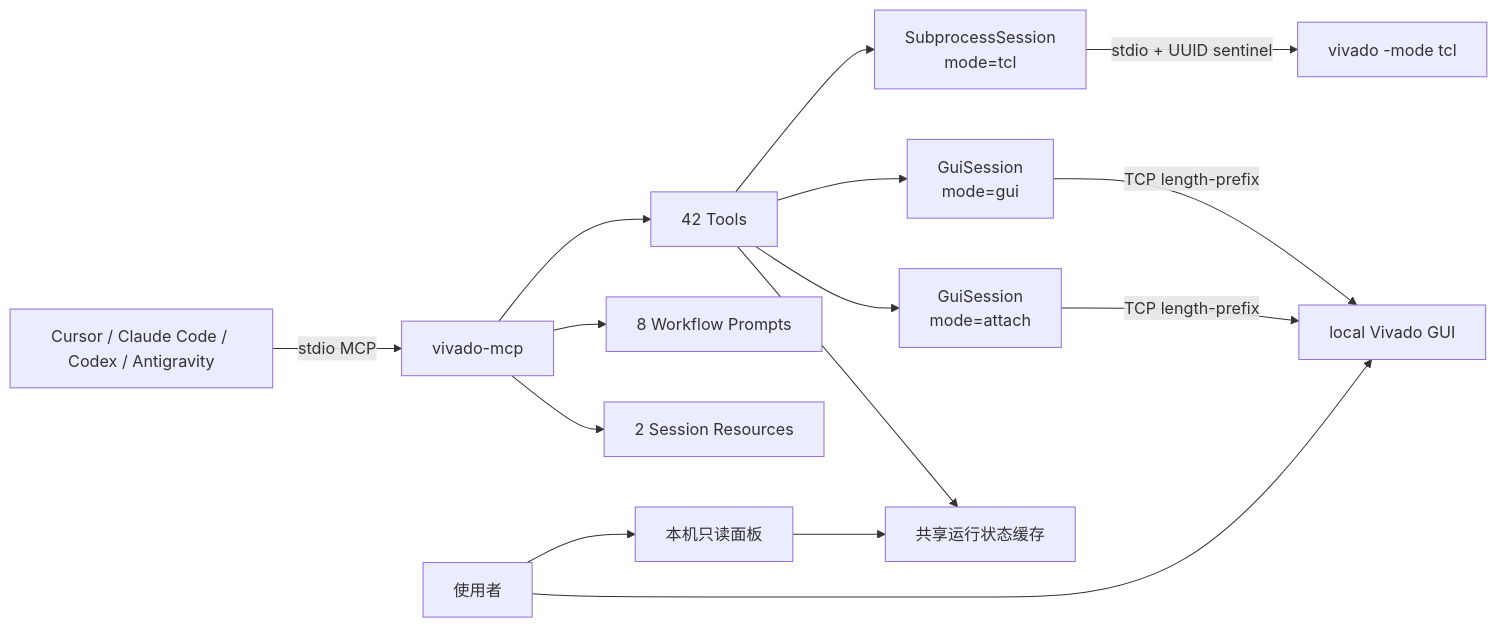
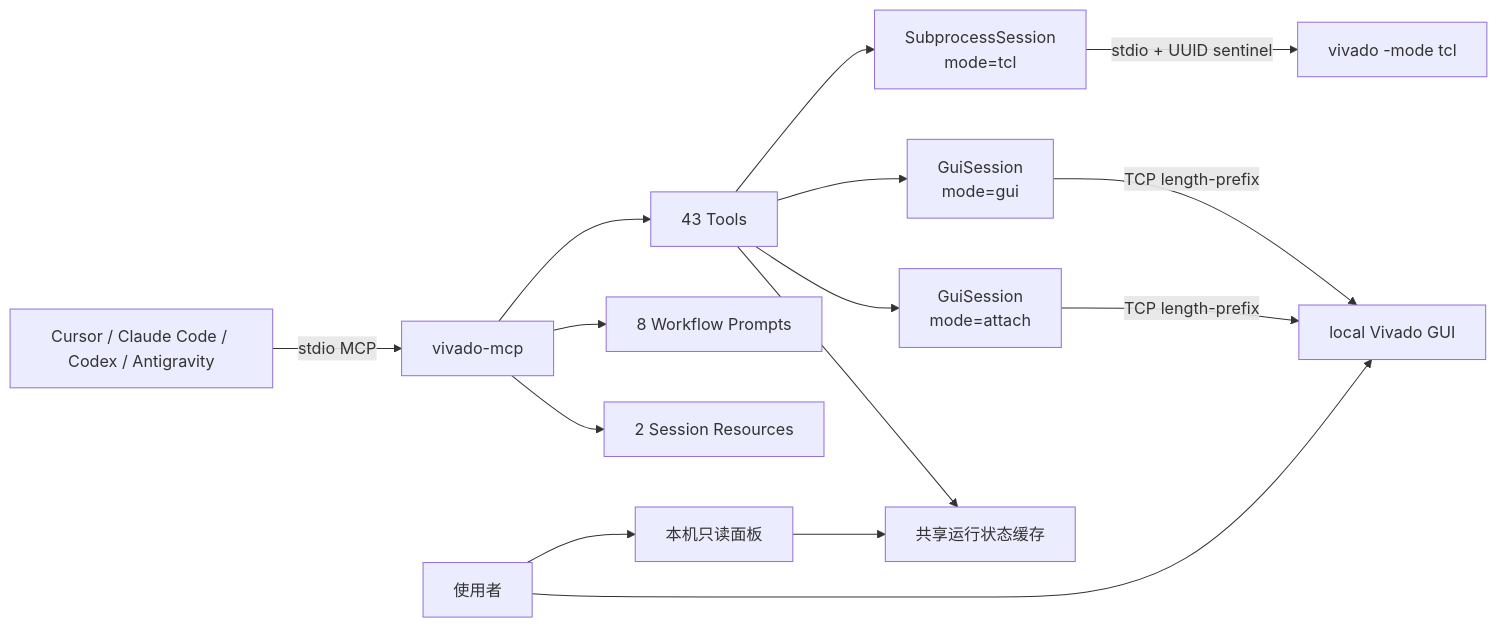
The diagram in README.md (otter-fpga-lab/otter-vivado), drawn with Mermaid before and after one commit. The commit also changed other lines of this file and 24 other files, not shown here.

````diff
--- a/README.md
+++ b/README.md
@@ -556,17 +557,17 @@
 ```mermaid
 flowchart LR
     Agent["Cursor / Claude Code / Codex / Antigravity"] -->|"stdio MCP"| MCP["vivado-mcp"]
-    MCP --> Tools["42 Tools"]
+    MCP --> Tools["43 Tools"]
     MCP --> Prompts["8 Workflow Prompts"]
     MCP --> Resources["2 Session Resources"]
     Tools --> Tcl["SubprocessSession\nmode=tcl"]
     Tools --> Gui["GuiSession\nmode=gui"]
     Tools --> Attach["GuiSession\nmode=attach"]
     Tcl -->|"stdio + UUID sentinel"| VivadoTcl["vivado -mode tcl"]
     Gui -->|"TCP length-prefix"| VivadoGui["local Vivado GUI"]
     Attach -->|"TCP length-prefix"| VivadoGui
     Tools --> Monitor["共享运行状态缓存"]
     Human["使用者"] --> VivadoGui
     Human --> View["本机只读面板"]
     View --> Monitor
 ```
````
